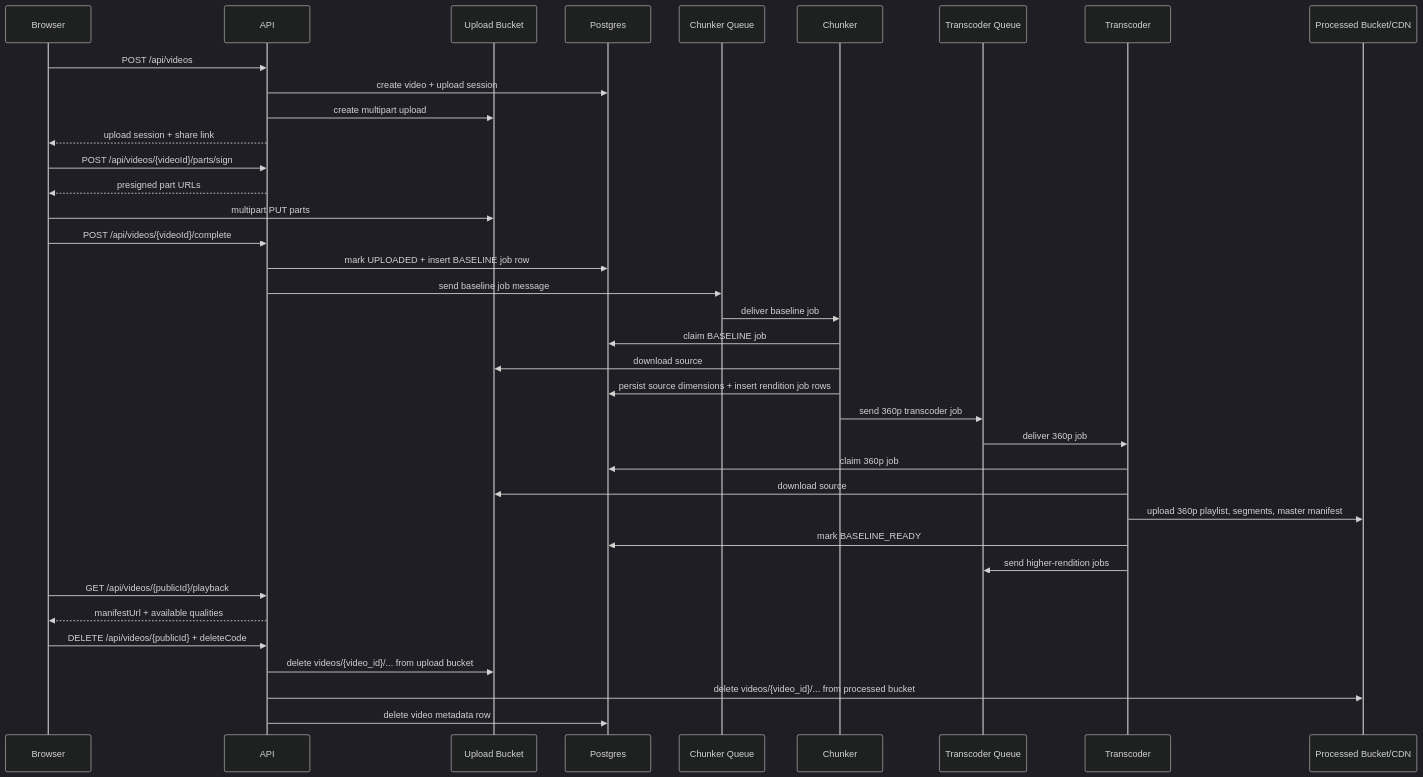
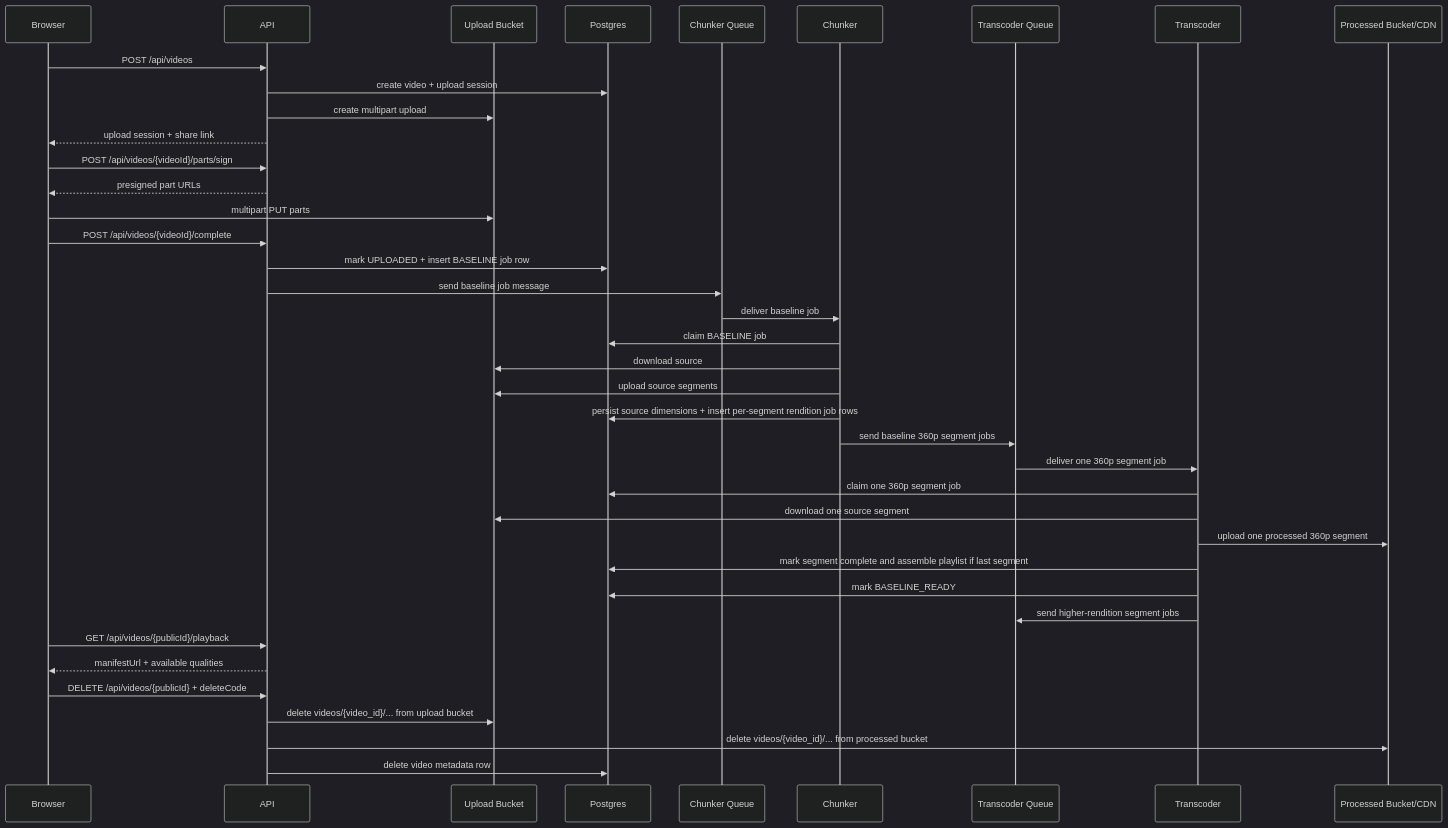
One commit to rafal01010/vid-archi changed the second of 2 diagrams in docs/architecture.md. Above: the diagram before and after it, drawn with Mermaid (dark theme). The commit also changed other lines of this file and 25 other files, not shown here.

````diff
--- a/docs/architecture.md
+++ b/docs/architecture.md
@@ -48,40 +43,42 @@
 ```mermaid
 sequenceDiagram
     participant U as Browser
     participant A as API
     participant S as Upload Bucket
     participant D as Postgres
     participant Qc as Chunker Queue
     participant C as Chunker
     participant Qt as Transcoder Queue
     participant T as Transcoder
     participant P as Processed Bucket/CDN
 
     U->>A: POST /api/videos
     A->>D: create video + upload session
     A->>S: create multipart upload
     A-->>U: upload session + share link
     U->>A: POST /api/videos/{videoId}/parts/sign
     A-->>U: presigned part URLs
     U->>S: multipart PUT parts
     U->>A: POST /api/videos/{videoId}/complete
     A->>D: mark UPLOADED + insert BASELINE job row
     A->>Qc: send baseline job message
     Qc->>C: deliver baseline job
     C->>D: claim BASELINE job
     C->>S: download source
-    C->>D: persist source dimensions + insert rendition job rows
-    C->>Qt: send 360p transcoder job
-    Qt->>T: deliver 360p job
-    T->>D: claim 360p job
-    T->>S: download source
-    T->>P: upload 360p playlist, segments, master manifest
+    C->>S: upload source segments
+    C->>D: persist source dimensions + insert per-segment rendition job rows
+    C->>Qt: send baseline 360p segment jobs
+    Qt->>T: deliver one 360p segment job
+    T->>D: claim one 360p segment job
+    T->>S: download one source segment
+    T->>P: upload one processed 360p segment
+    T->>D: mark segment complete and assemble playlist if last segment
     T->>D: mark BASELINE_READY
-    T->>Qt: send higher-rendition jobs
+    T->>Qt: send higher-rendition segment jobs
     U->>A: GET /api/videos/{publicId}/playback
     A-->>U: manifestUrl + available qualities
     U->>A: DELETE /api/videos/{publicId} + deleteCode
     A->>S: delete videos/{video_id}/... from upload bucket
     A->>P: delete videos/{video_id}/... from processed bucket
     A->>D: delete video metadata row
 ```
````
